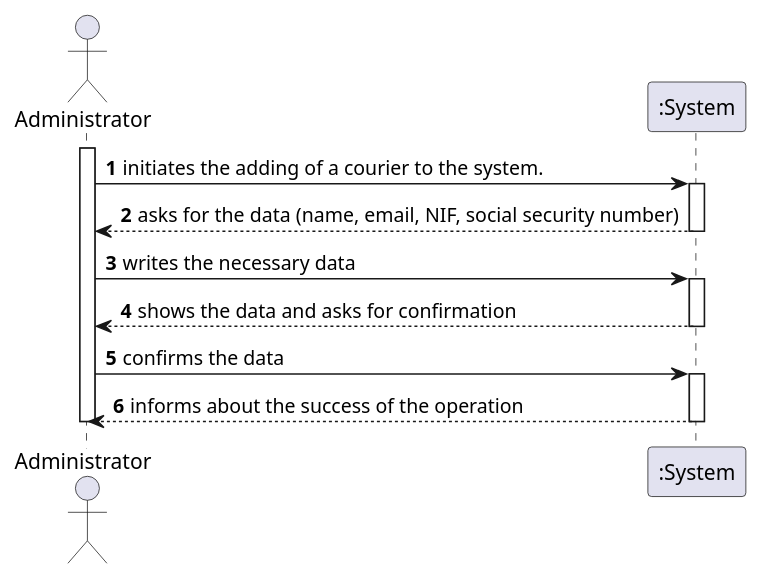
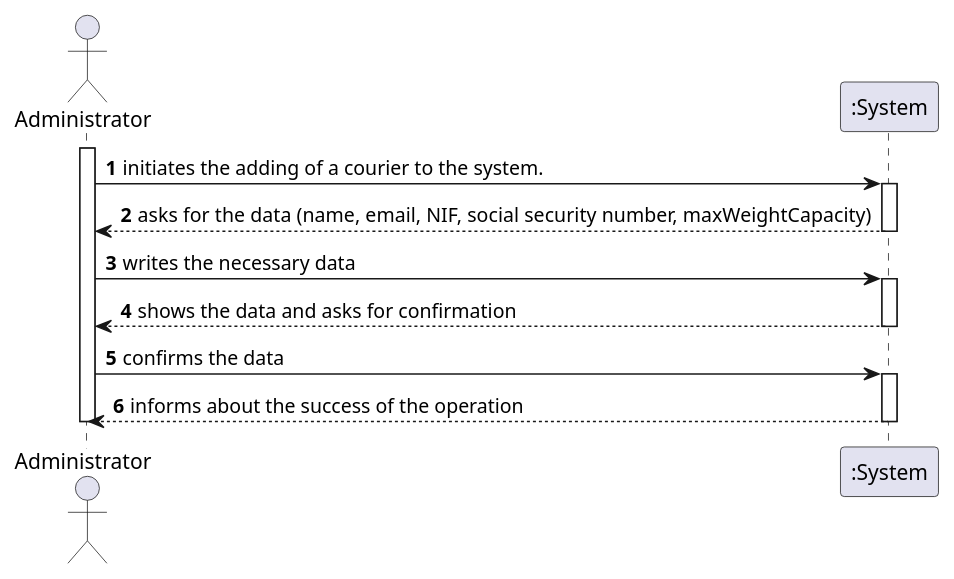
Before and after one commit to 1190452/LAPR3: the diagram in Documents/UC4/UC4_SSD.puml, drawn with PlantUML. The commit also changed 8 other files, not shown here.

```diff
--- a/Documents/UC4/UC4_SSD.puml
+++ b/Documents/UC4/UC4_SSD.puml
@@ -1,22 +1,22 @@
 @startuml
 autonumber
 actor "Administrator" as ADMIN
 activate ADMIN
 ADMIN-> ":System" : initiates the adding of a courier to the system.
 activate ":System"
-":System" --> ADMIN : asks for the data (name, email, NIF, social security number)
+":System" --> ADMIN : asks for the data (name, email, NIF, social security number, maxWeightCapacity)
 deactivate ":System"
 
 ADMIN -> ":System" : writes the necessary data
 activate ":System"
 ":System" --> ADMIN : shows the data and asks for confirmation
 deactivate ":System"
 
 ADMIN -> ":System" : confirms the data
 activate ":System"
 ":System" --> ADMIN : informs about the success of the operation
 deactivate ":System"
 
 deactivate ADMIN
 
 @enduml
```
